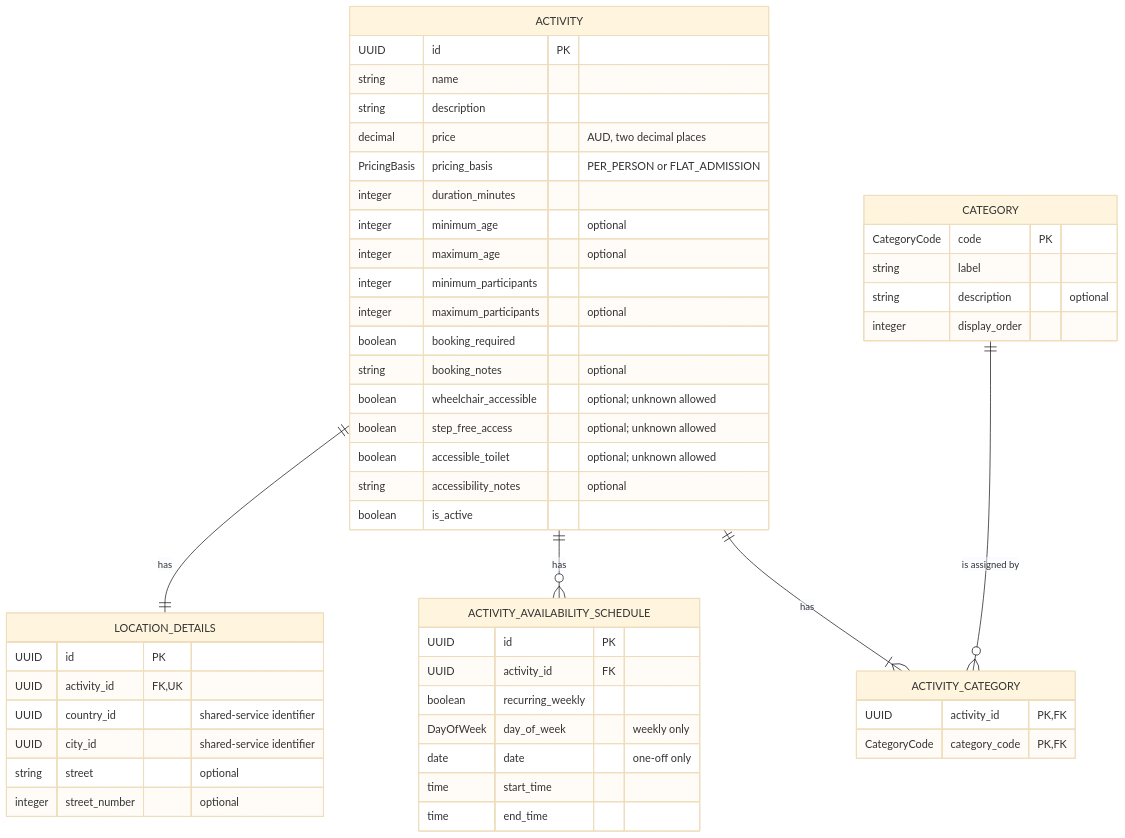
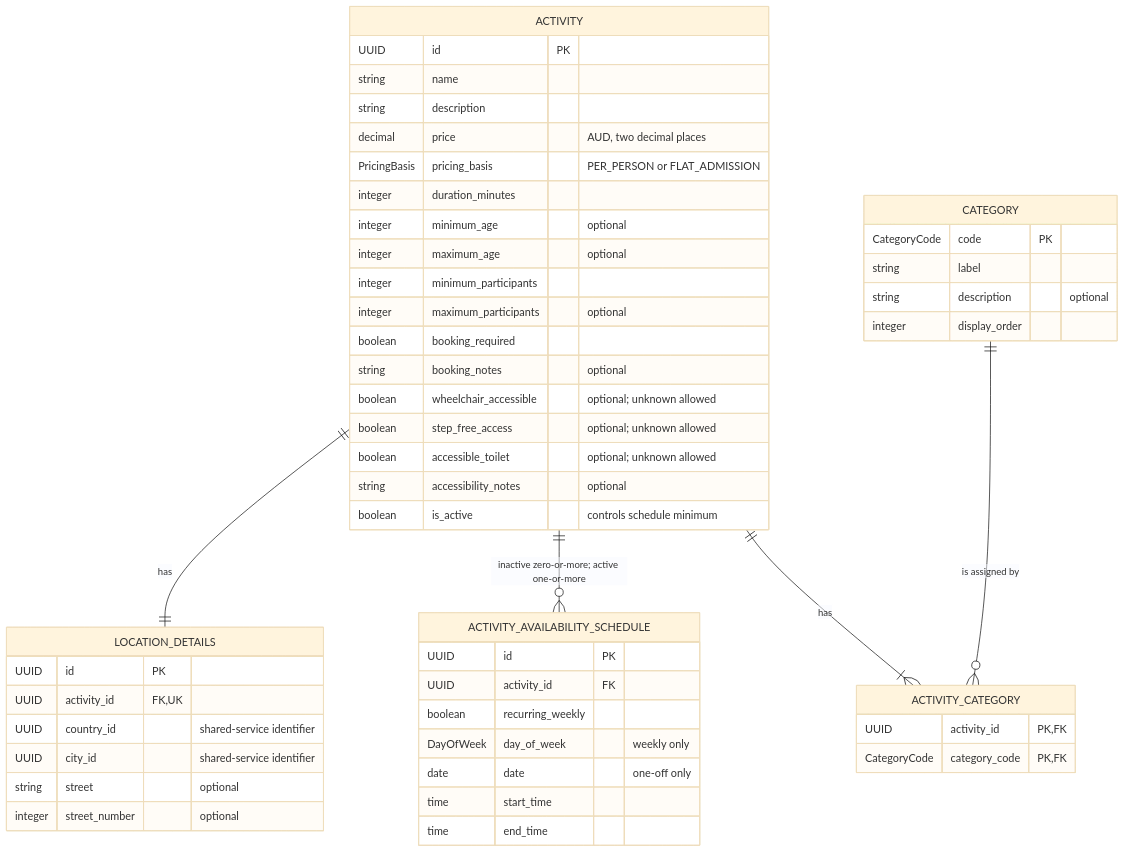
The diagram in docs/reports/release-0/Student4/DataDesign/logical.md (JulianKirk/TripGenie), drawn with Mermaid (base theme) before and after one commit. The commit also changed other lines of this file and 3 other files, not shown here.

Commit message:
docs: clarify Student 4 diagram cardinalities

````diff
--- a/docs/reports/release-0/Student4/DataDesign/logical.md
+++ b/docs/reports/release-0/Student4/DataDesign/logical.md
@@ -9,58 +9,58 @@
 ```mermaid
 erDiagram
     ACTIVITY ||--|| LOCATION_DETAILS : "has"
-    ACTIVITY ||--o{ ACTIVITY_AVAILABILITY_SCHEDULE : "has"
+    ACTIVITY ||--o{ ACTIVITY_AVAILABILITY_SCHEDULE : "inactive zero-or-more; active one-or-more"
     ACTIVITY ||--|{ ACTIVITY_CATEGORY : "has"
     CATEGORY ||--o{ ACTIVITY_CATEGORY : "is assigned by"
 
     ACTIVITY {
         UUID id PK
         string name
         string description
         decimal price "AUD, two decimal places"
         PricingBasis pricing_basis "PER_PERSON or FLAT_ADMISSION"
         integer duration_minutes
         integer minimum_age "optional"
         integer maximum_age "optional"
         integer minimum_participants
         integer maximum_participants "optional"
         boolean booking_required
         string booking_notes "optional"
         boolean wheelchair_accessible "optional; unknown allowed"
         boolean step_free_access "optional; unknown allowed"
         boolean accessible_toilet "optional; unknown allowed"
         string accessibility_notes "optional"
-        boolean is_active
+        boolean is_active "controls schedule minimum"
     }
 
     LOCATION_DETAILS {
         UUID id PK
         UUID activity_id FK,UK
         UUID country_id "shared-service identifier"
         UUID city_id "shared-service identifier"
         string street "optional"
         integer street_number "optional"
     }
 
     CATEGORY {
         CategoryCode code PK
         string label
         string description "optional"
         integer display_order
     }
 
     ACTIVITY_CATEGORY {
         UUID activity_id PK,FK
         CategoryCode category_code PK,FK
     }
 
     ACTIVITY_AVAILABILITY_SCHEDULE {
         UUID id PK
         UUID activity_id FK
         boolean recurring_weekly
         DayOfWeek day_of_week "weekly only"
         date date "one-off only"
         time start_time
         time end_time
     }
 ```
````
